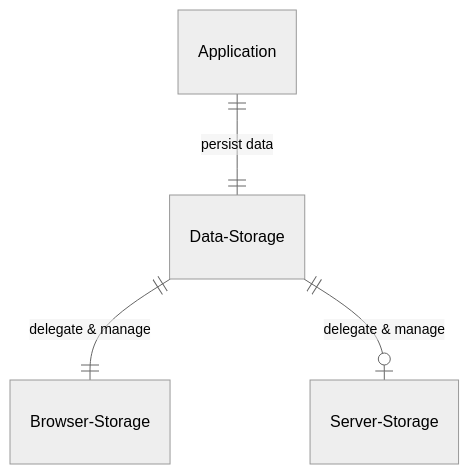
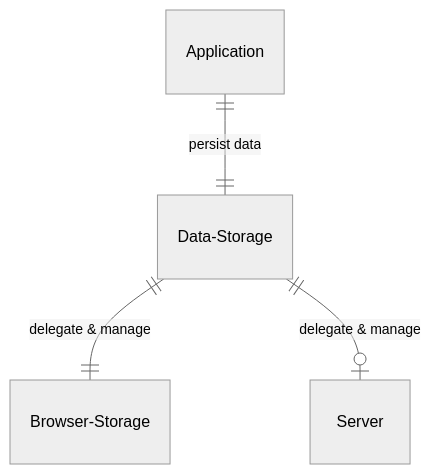
Before and after one commit to nerdscoding/mystuffs-doc: the first of 3 diagrams in docs/system-design.md, drawn with Mermaid (neutral theme). The commit also changed other lines of this file and 1 other file, not shown here.

Commit message:
docs: Data persistent model sequence diagram

````diff
--- a/docs/system-design.md
+++ b/docs/system-design.md
@@ -9,6 +9,6 @@
 ```mermaid
 erDiagram
   Application ||--|| Data-Storage : "persist data"
   Data-Storage ||--|| Browser-Storage : "delegate & manage"
-  Data-Storage ||--o| Server-Storage: "delegate & manage"
+  Data-Storage ||--o| Server: "delegate & manage"
 ```
````
